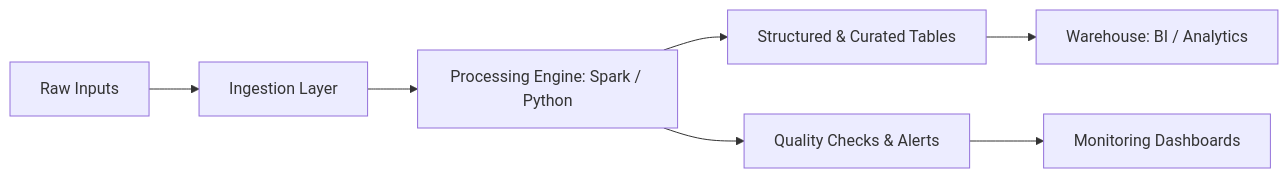
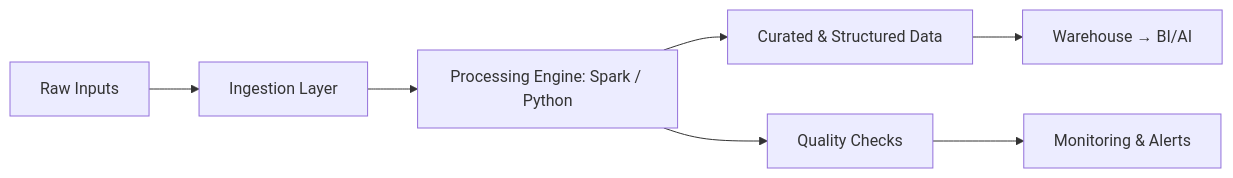
One commit to Anikakumari12/Anikakumari12 changed the diagram in README.md. Above: the diagram before and after it, drawn with Mermaid. The commit also changed other lines of this file, not shown here.

````diff
--- a/README.md
+++ b/README.md
@@ -106,9 +114,9 @@
 ```mermaid
 flowchart LR
   A[Raw Inputs] --> B[Ingestion Layer]
   B --> C[Processing Engine: Spark / Python]
-  C --> D[Structured & Curated Tables]
-  D --> E[Warehouse: BI / Analytics]
-  C --> F[Quality Checks & Alerts]
-  F --> G[Monitoring Dashboards]
+  C --> D[Curated & Structured Data]
+  D --> E[Warehouse → BI/AI]
+  C --> F[Quality Checks]
+  F --> G[Monitoring & Alerts]
 ```
````
